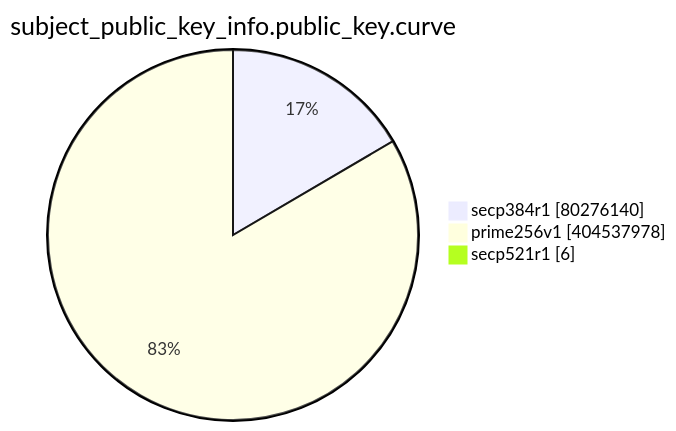
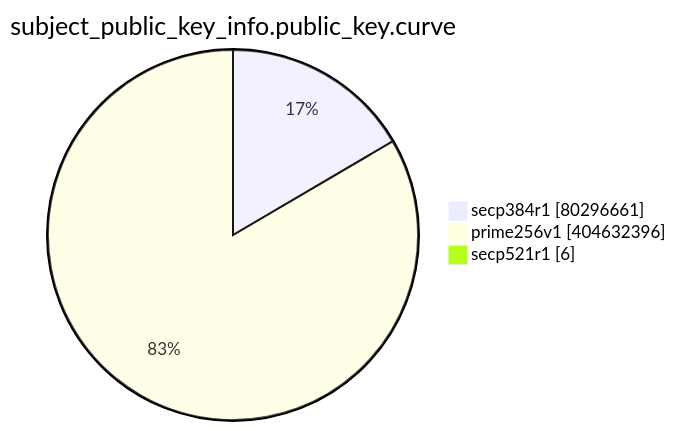
Before and after one commit to christiankrug/ctmonitor_visualization: the eighth of 15 diagrams in TOTAL/README.md, drawn with Mermaid. The commit also changed other lines of this file, not shown here.

````diff
--- a/TOTAL/README.md
+++ b/TOTAL/README.md
@@ -3095,7 +3095,7 @@
 ```mermaid
 pie showData
 title subject_public_key_info.public_key.curve
-"secp384r1" :80276140
-"prime256v1" :404537978
+"secp384r1" :80296661
+"prime256v1" :404632396
 "secp521r1" :6
 ```
````
